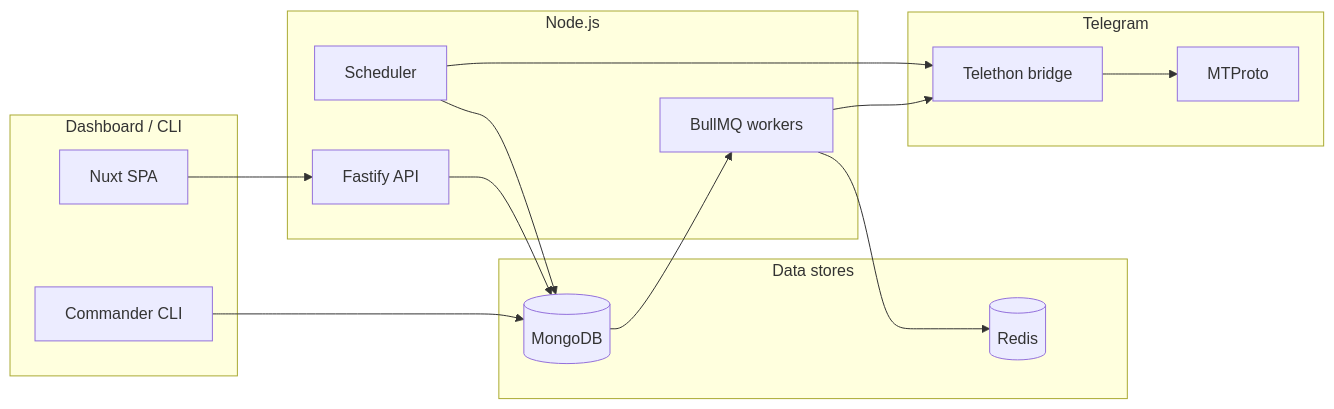
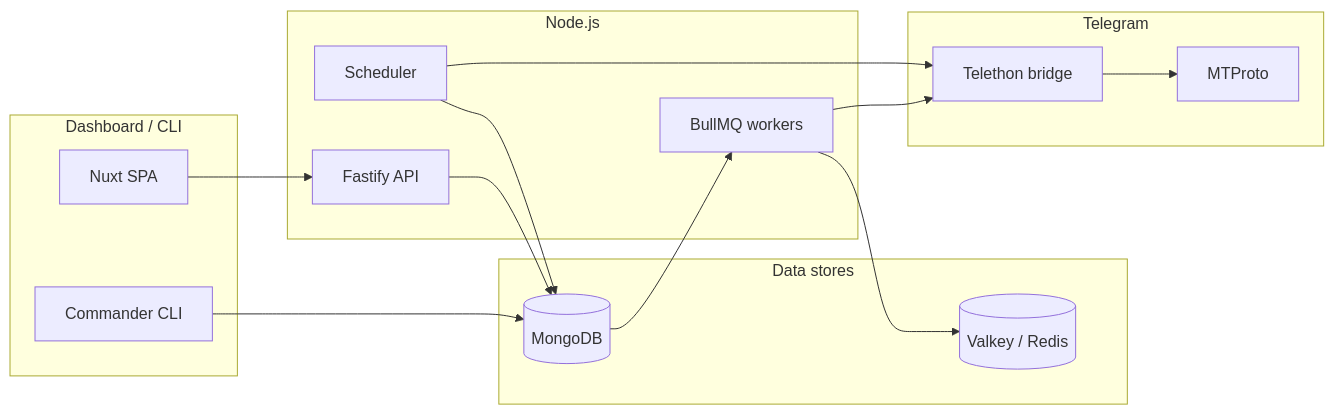
Before and after one commit to regtyit/tg-send-mult: the diagram in README.md, drawn with Mermaid. The commit also changed other lines of this file and 14 other files, not shown here.

````diff
--- a/README.md
+++ b/README.md
@@ -35,29 +36,29 @@
 ```mermaid
 flowchart LR
   subgraph ui [Dashboard / CLI]
     Web[Nuxt SPA]
     CLI[Commander CLI]
   end
   subgraph node [Node.js]
     API[Fastify API]
     Worker[BullMQ workers]
     Sched[Scheduler]
   end
   subgraph data [Data stores]
     Mongo[(MongoDB)]
-    Redis[(Redis)]
+    Redis[(Valkey / Redis)]
   end
   subgraph tg [Telegram]
     Py[Telethon bridge]
     TG[MTProto]
   end
   Web --> API
   CLI --> Mongo
   API --> Mongo
   Worker --> Redis
   Worker --> Py
   Sched --> Mongo
   Sched --> Py
   Py --> TG
   Mongo --> Worker
 ```
````
